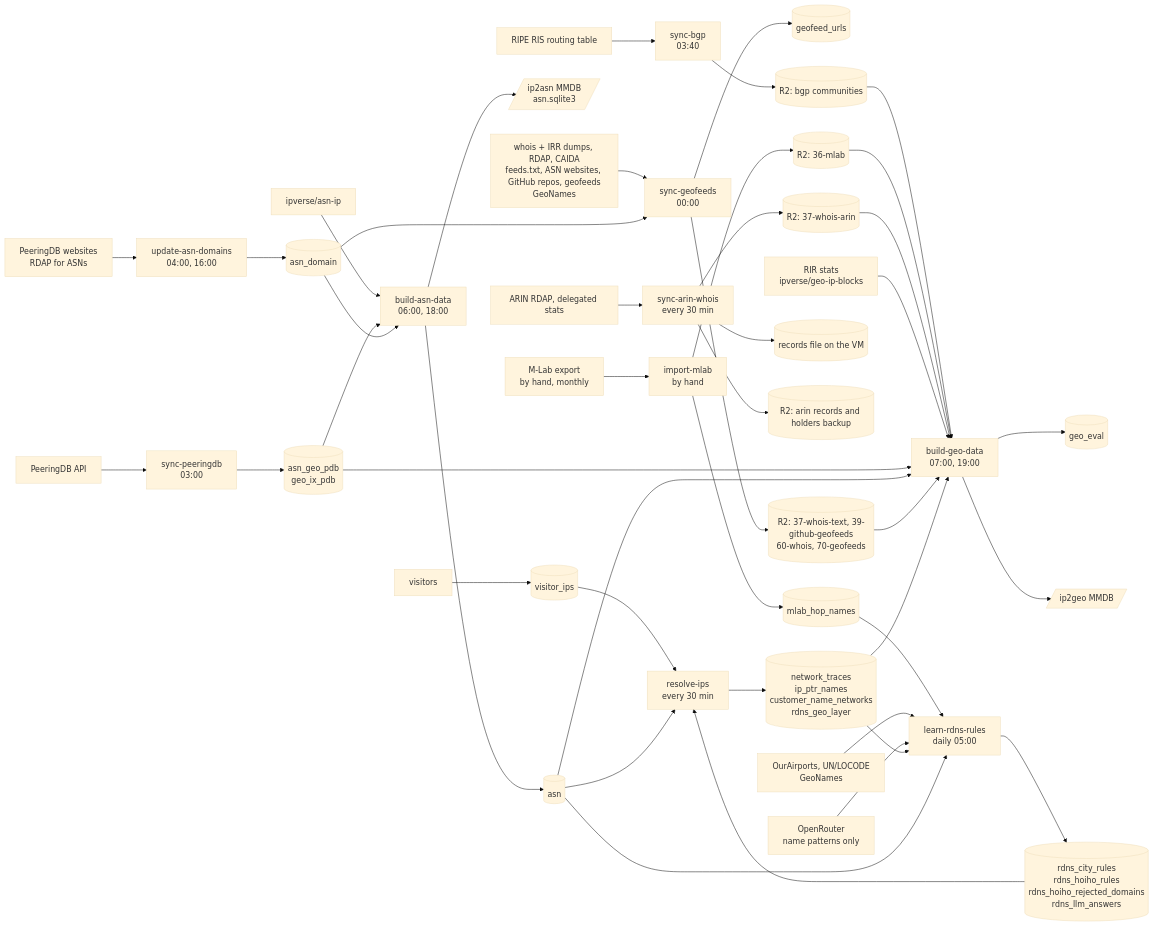
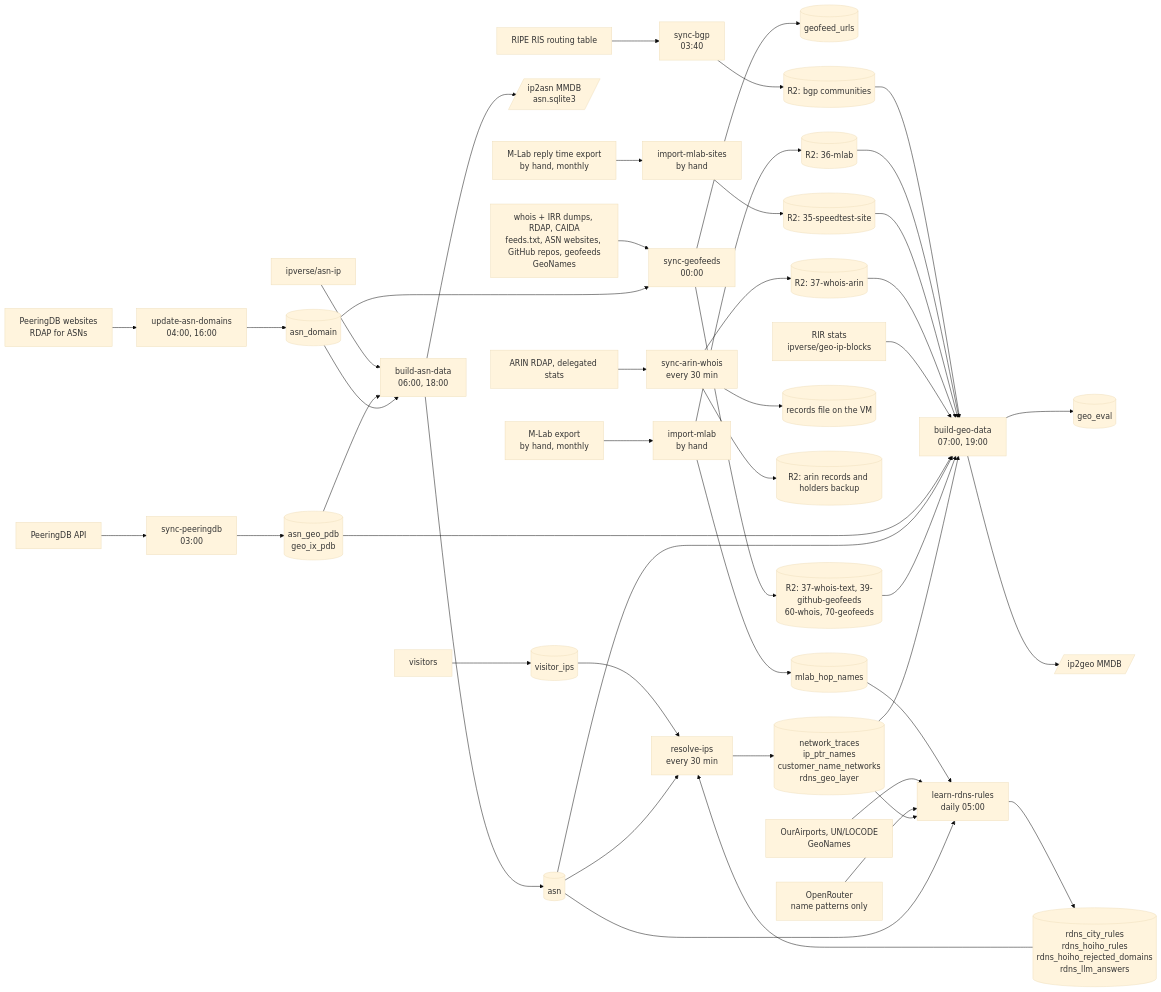
Before and after one commit to shingrus/openipdata.org: the diagram in docs/pipeline.md, drawn with Mermaid (base theme). The commit also changed other lines of this file and 19 other files, not shown here.

First line of the commit message:
mlab: layer 35-speedtest-site from the M-Lab reply times (workflow import-mlab-sites)

````diff
--- a/docs/pipeline.md
+++ b/docs/pipeline.md
@@ -9,46 +9,49 @@
 ```mermaid
 flowchart LR
   pdbapi[PeeringDB API] --> pdb[sync-peeringdb<br/>03:00]
   pdb --> t_pdb[(asn_geo_pdb<br/>geo_ix_pdb)]
   rdapasn[PeeringDB websites<br/>RDAP for ASNs] --> dom[update-asn-domains<br/>04:00, 16:00]
   dom --> t_dom[(asn_domain)]
   asnip[ipverse/asn-ip] --> asn[build-asn-data<br/>06:00, 18:00]
   t_pdb --> asn
   t_dom --> asn
   asn --> t_asn[(asn)]
   asn --> pub_asn[/ip2asn MMDB<br/>asn.sqlite3/]
   whois[whois + IRR dumps, RDAP, CAIDA<br/>feeds.txt, ASN websites, GitHub repos, geofeeds<br/>GeoNames] --> gf[sync-geofeeds<br/>00:00]
   t_dom --> gf
   gf --> t_gf[(geofeed_urls)]
   gf --> r2[(R2: 37-whois-text, 39-github-geofeeds<br/>60-whois, 70-geofeeds)]
   ris[RIPE RIS routing table] --> bgp[sync-bgp<br/>03:40]
   bgp --> r2bgp[(R2: bgp communities)]
   r2bgp --> geo
   mlabcsv[M-Lab export<br/>by hand, monthly] --> ml[import-mlab<br/>by hand]
   ml --> t_ml[(mlab_hop_names)]
   ml --> r2ml[(R2: 36-mlab)]
   r2ml --> geo
+  mlabsites[M-Lab reply time export<br/>by hand, monthly] --> mls[import-mlab-sites<br/>by hand]
+  mls --> r2sites[(R2: 35-speedtest-site)]
+  r2sites --> geo
   rdaparin[ARIN RDAP, delegated stats] --> arin[sync-arin-whois<br/>every 30 min]
   arin --> f_arin[(records file on the VM)]
   arin --> r2back[(R2: arin records and holders backup)]
   arin --> r2arin[(R2: 37-whois-arin)]
   r2arin --> geo
   t_ml --> learn
   rir[RIR stats<br/>ipverse/geo-ip-blocks] --> geo[build-geo-data<br/>07:00, 19:00]
   t_pdb --> geo
   t_asn --> geo
   r2 --> geo
   geo --> t_eval[(geo_eval)]
   geo --> pub_geo[/ip2geo MMDB/]
   visitors[visitors] --> t_vis[(visitor_ips)]
   t_vis --> rd[resolve-ips<br/>every 30 min]
   t_asn --> rd
   rd --> t_rd[(network_traces<br/>ip_ptr_names<br/>customer_name_networks<br/>rdns_geo_layer)]
   t_rd --> geo
   places[OurAirports, UN/LOCODE<br/>GeoNames] --> learn[learn-rdns-rules<br/>daily 05:00]
   llm[OpenRouter<br/>name patterns only] --> learn
   t_rd --> learn
   t_asn --> learn
   learn --> t_rules[(rdns_city_rules<br/>rdns_hoiho_rules<br/>rdns_hoiho_rejected_domains<br/>rdns_llm_answers)]
   t_rules --> rd
 ```
````
